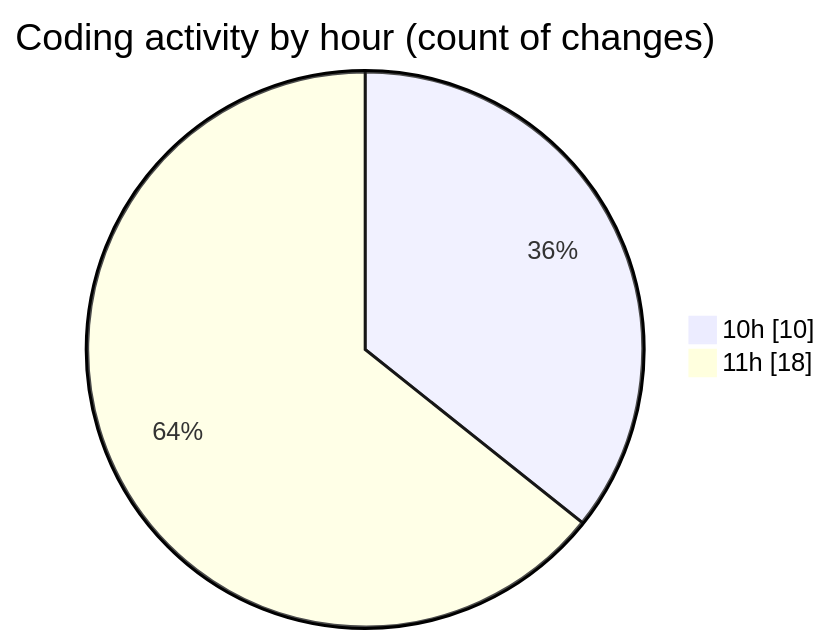
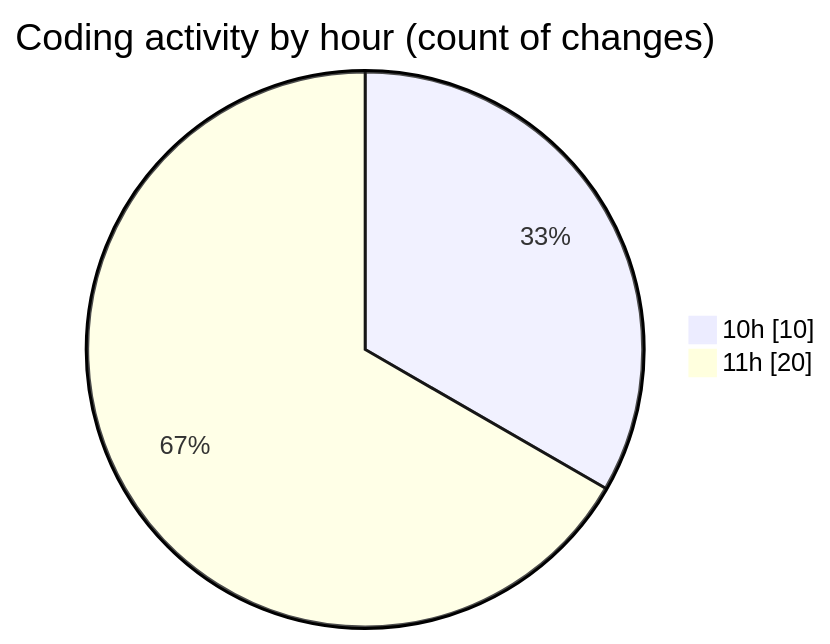
Before and after one commit to BS-eng2023/code-tracking: the second of 2 diagrams in 2025-03-31/jsvms/README.md, drawn with Mermaid. The commit also changed other lines of this file and 1 other file, not shown here.

````diff
--- a/2025-03-31/jsvms/README.md
+++ b/2025-03-31/jsvms/README.md
@@ -39,6 +39,6 @@
 ```mermaid
 pie showData
 title Coding activity by hour (count of changes)
 "10h" : 10
-"11h" : 18
+"11h" : 20
 ```
````
